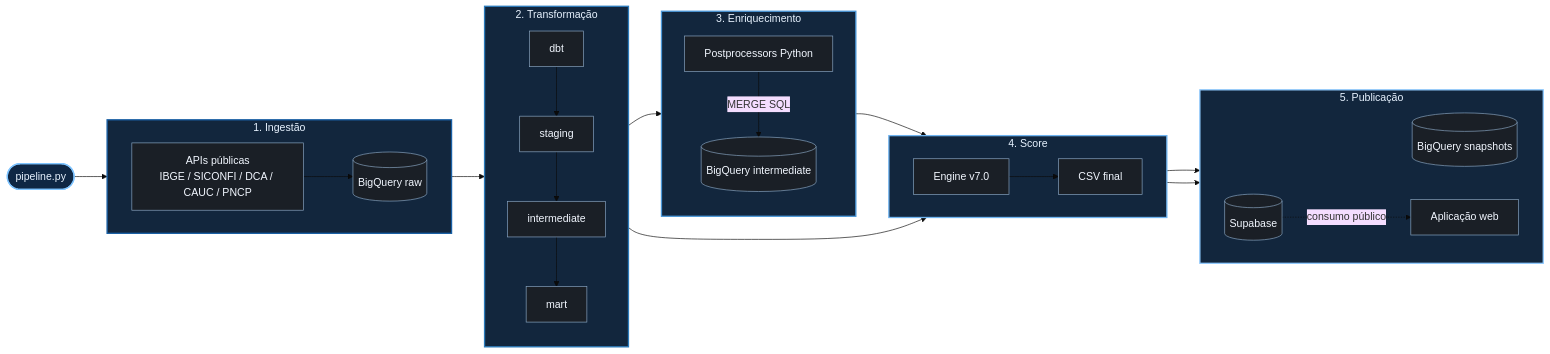
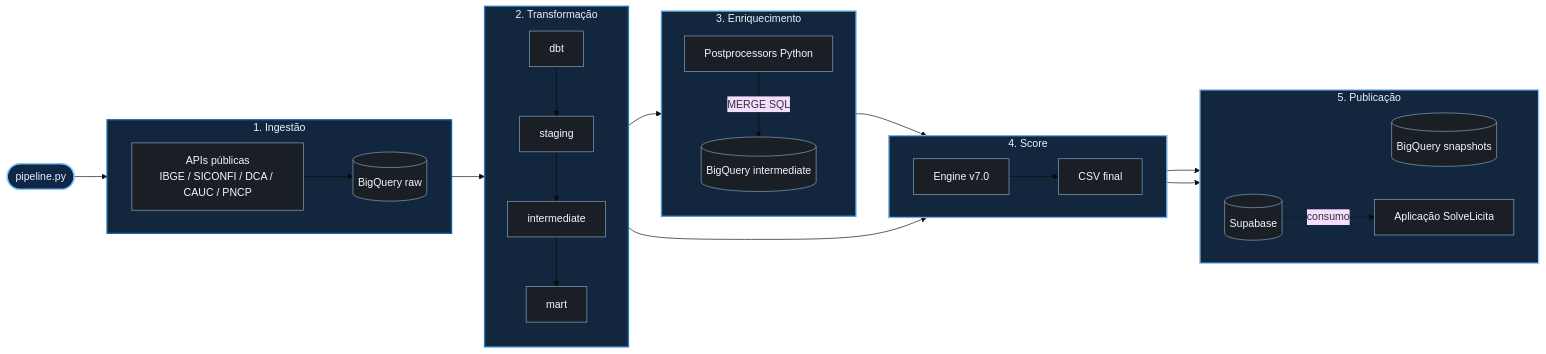
The diagram in README.md (Fel-tby/solvelicita-engine), drawn with Mermaid (base theme) before and after one commit. The commit also changed other lines of this file and 5 other files, not shown here.

````diff
--- a/README.md
+++ b/README.md
@@ -82,71 +77,71 @@
 ```mermaid
 flowchart LR
     PL(["pipeline.py"])
 
     subgraph INGEST ["1. Ingestão"]
         direction LR
         APIS["APIs públicas<br/>IBGE / SICONFI / DCA / CAUC / PNCP"]
         RAW[("BigQuery raw")]
         APIS --> RAW
     end
 
     subgraph TRANSFORM ["2. Transformação"]
         direction TB
         DBT["dbt"]
         STG["staging"]
         INT["intermediate"]
         MART["mart"]
         DBT --> STG --> INT --> MART
     end
 
     subgraph ENRICH ["3. Enriquecimento"]
         direction TB
         PROC["Postprocessors Python"]
         BQINT[("BigQuery intermediate")]
         PROC -->|MERGE SQL| BQINT
     end
 
     subgraph SCORE ["4. Score"]
         direction LR
         ENG["Engine v7.0"]
         CSV["CSV final"]
     end
 
     subgraph PUBLISH ["5. Publicação"]
         direction LR
         SNAP[("BigQuery snapshots")]
         SB[("Supabase")]
-        WEB["Aplicação web"]
+        WEB["Aplicação SolveLicita"]
     end
 
     PL --> INGEST
     RAW --> TRANSFORM
     MART --> ENRICH
     MART --> ENG
     BQINT --> ENG
     ENG --> SNAP
     ENG --> CSV
     CSV --> SB
-    SB -. consumo público .-> WEB
+    SB -. consumo .-> WEB
 
     style PL fill:#0f2744,color:#e8f3ff,stroke:#7fc4ff,stroke-width:2px
     style INGEST fill:#12263d,color:#e8f3ff,stroke:#185FA5,stroke-width:2px
     style TRANSFORM fill:#12263d,color:#e8f3ff,stroke:#2B7BBB,stroke-width:2px
     style ENRICH fill:#12263d,color:#e8f3ff,stroke:#4A97D9,stroke-width:2px
     style SCORE fill:#12263d,color:#e8f3ff,stroke:#6FB4F0,stroke-width:2px
     style PUBLISH fill:#12263d,color:#e8f3ff,stroke:#91CBFF,stroke-width:2px
 
     style APIS fill:#1a1f26,color:#f2f7ff,stroke:#8aa7c4,stroke-width:1px
     style RAW fill:#1a1f26,color:#f2f7ff,stroke:#8aa7c4,stroke-width:1px
     style DBT fill:#1a1f26,color:#f2f7ff,stroke:#8aa7c4,stroke-width:1px
     style STG fill:#1a1f26,color:#f2f7ff,stroke:#8aa7c4,stroke-width:1px
     style INT fill:#1a1f26,color:#f2f7ff,stroke:#8aa7c4,stroke-width:1px
     style MART fill:#1a1f26,color:#f2f7ff,stroke:#8aa7c4,stroke-width:1px
     style PROC fill:#1a1f26,color:#f2f7ff,stroke:#8aa7c4,stroke-width:1px
     style BQINT fill:#1a1f26,color:#f2f7ff,stroke:#8aa7c4,stroke-width:1px
     style ENG fill:#1a1f26,color:#f2f7ff,stroke:#8aa7c4,stroke-width:1px
     style CSV fill:#1a1f26,color:#f2f7ff,stroke:#8aa7c4,stroke-width:1px
     style SNAP fill:#1a1f26,color:#f2f7ff,stroke:#8aa7c4,stroke-width:1px
     style SB fill:#1a1f26,color:#f2f7ff,stroke:#8aa7c4,stroke-width:1px
     style WEB fill:#1a1f26,color:#f2f7ff,stroke:#8aa7c4,stroke-width:1px
 ```
````
